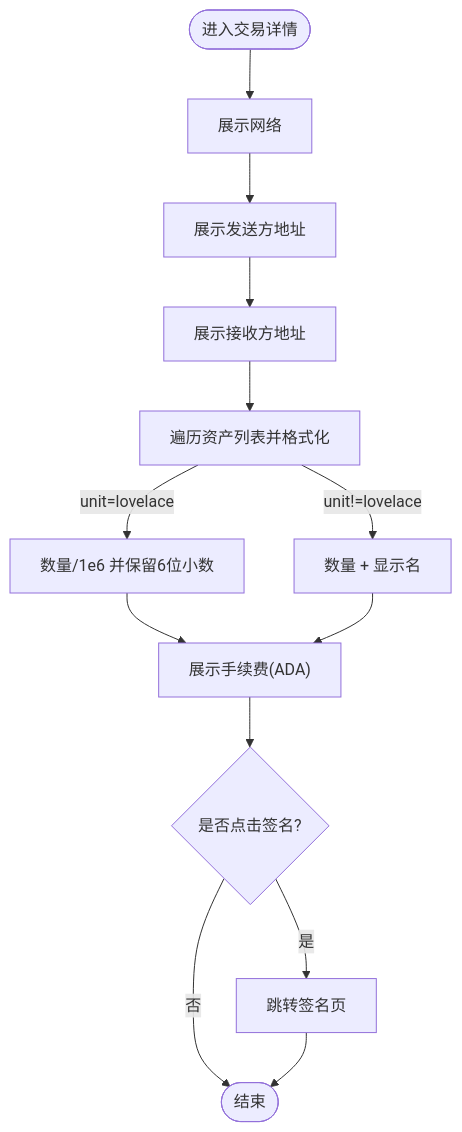
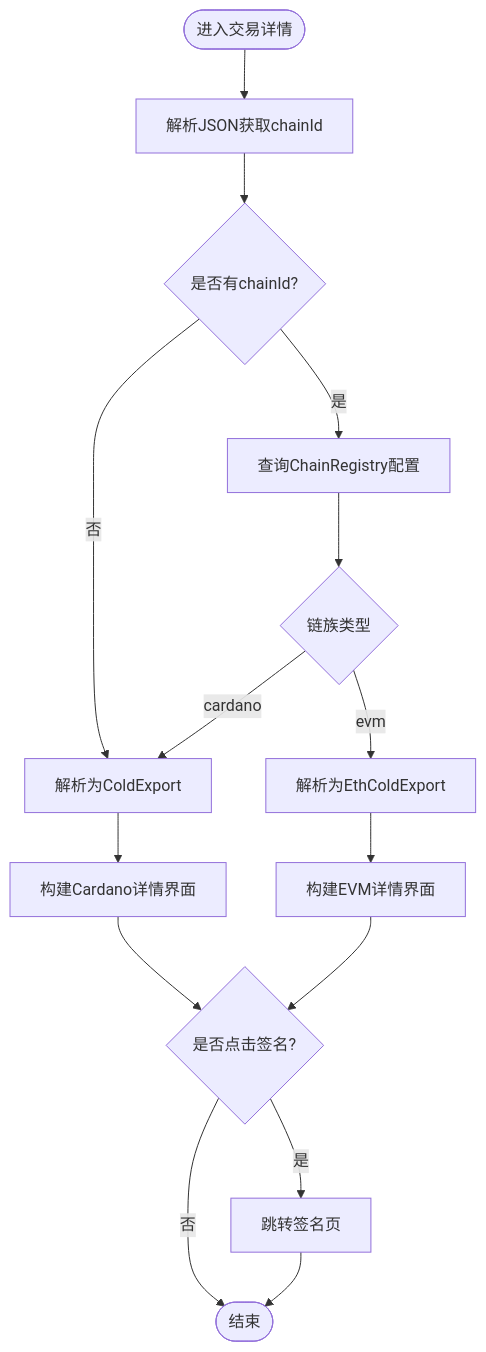
The third of 6 diagrams in .qoder/repowiki/zh/content/用户界面/冷钱包App界面/交易详情界面.md (EqualToEthan/stasis), drawn with Mermaid before and after one commit. The commit also changed other lines of this file and 40 other files, not shown here.

````diff
--- a/.qoder/repowiki/zh/content/用户界面/冷钱包App界面/交易详情界面.md
+++ b/.qoder/repowiki/zh/content/用户界面/冷钱包App界面/交易详情界面.md
@@ -104,15 +119,17 @@
 ```mermaid
 flowchart TD
-Start(["进入交易详情"]) --> ShowNetwork["展示网络"]
-ShowNetwork --> ShowFrom["展示发送方地址"]
-ShowFrom --> ShowTo["展示接收方地址"]
-ShowTo --> FormatAssets["遍历资产列表并格式化"]
-FormatAssets --> |unit=lovelace| AdaFmt["数量/1e6 并保留6位小数"]
-FormatAssets --> |unit!=lovelace| AssetFmt["数量 + 显示名"]
-AdaFmt --> ShowFee["展示手续费(ADA)"]
-AssetFmt --> ShowFee
-ShowFee --> Action{"是否点击签名?"}
+Start(["进入交易详情"]) --> Parse["解析JSON获取chainId"]
+Parse --> Check{"是否有chainId?"}
+Check --> |否| Cardano["解析为ColdExport"]
+Check --> |是| Config["查询ChainRegistry配置"]
+Config --> Family{"链族类型"}
+Family --> |cardano| Cardano
+Family --> |evm| EVM["解析为EthColdExport"]
+Cardano --> BuildCardano["构建Cardano详情界面"]
+EVM --> BuildEVM["构建EVM详情界面"]
+BuildCardano --> Action{"是否点击签名?"}
+BuildEVM --> Action
 Action --> |是| Navigate["跳转签名页"]
 Action --> |否| End(["结束"])
 Navigate --> End
 ```
````
